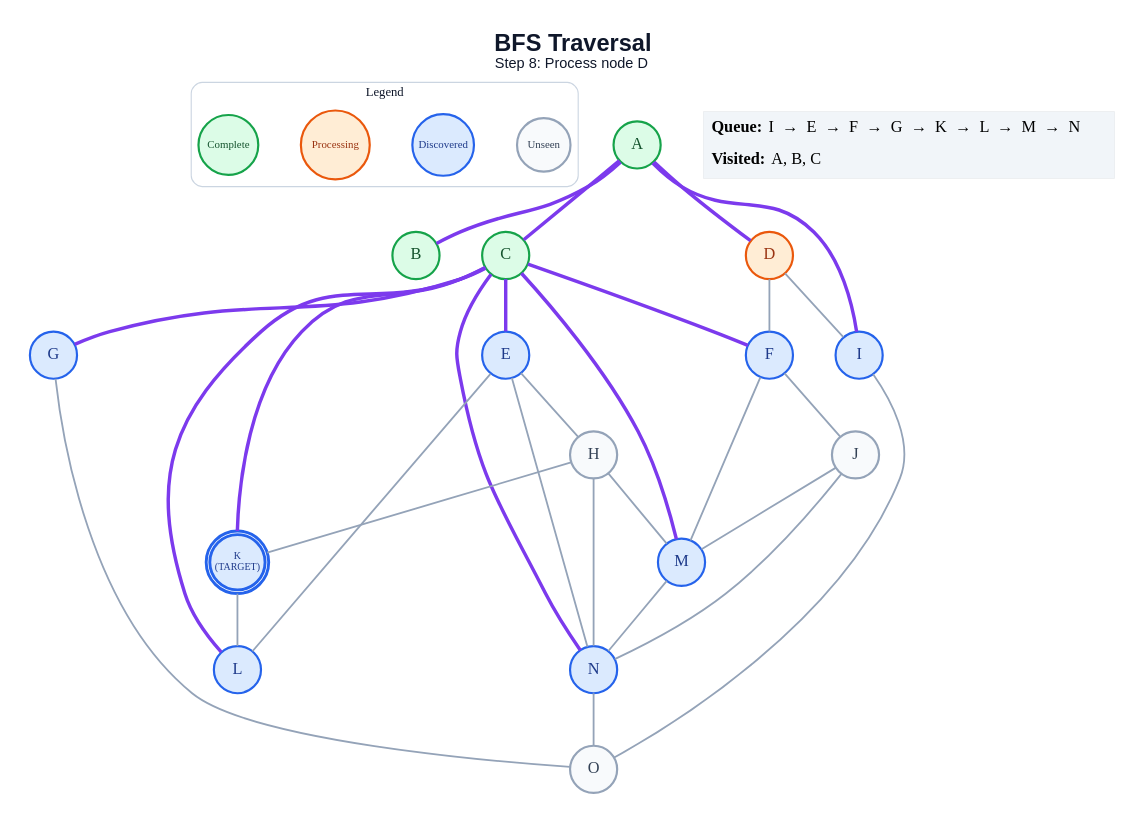
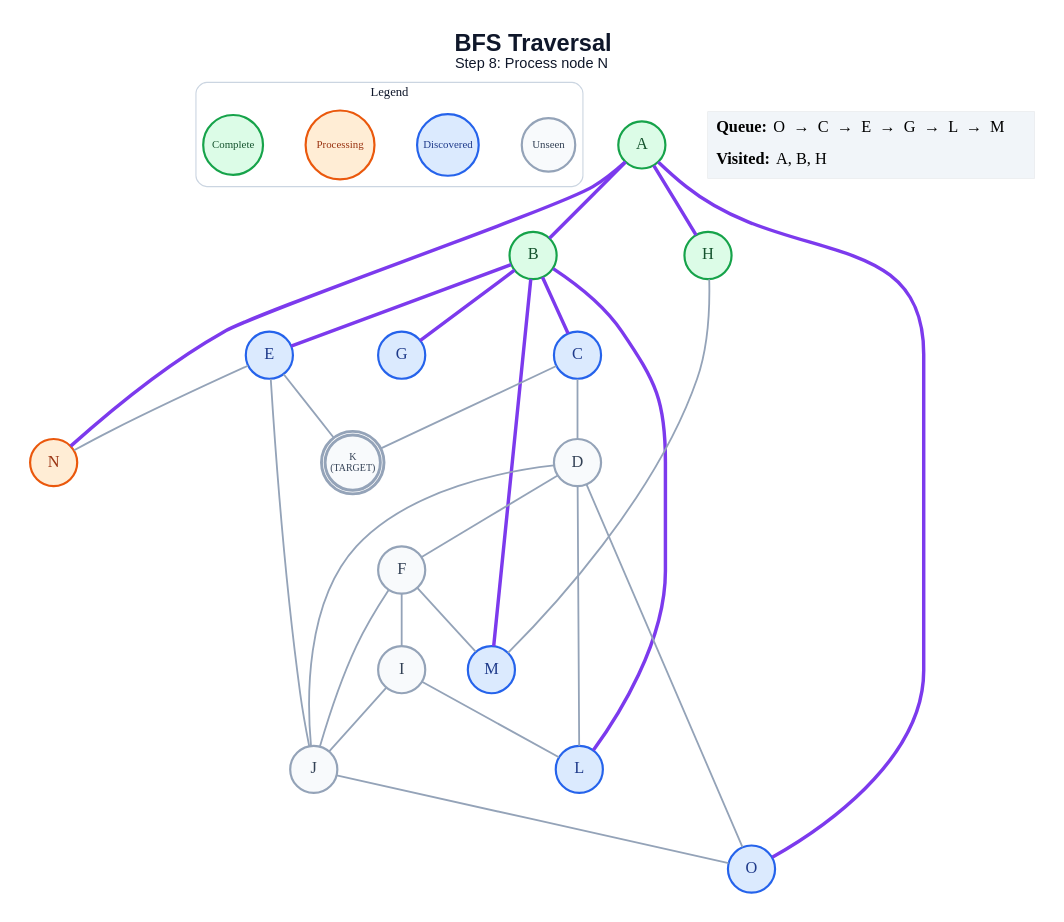
One commit to anon7238593-create/ai-slop changed the diagram in generated/specific-node/bfs/step_08.dot. Above: the diagram before and after it, drawn with Graphviz. The commit also changed 248 other files, not shown here.

```diff
--- a/generated/specific-node/bfs/step_08.dot
+++ b/generated/specific-node/bfs/step_08.dot
@@ -1,62 +1,59 @@
 graph traversal {
   graph [layout=dot, rankdir=TB, bgcolor="#FFFFFF", pad="0.35", nodesep="0.65", ranksep="0.8", fontname="Arial"];
   node [shape=circle, style="filled", fontname="Arial Bold", fontsize=18, width=0.72, fixedsize=true, penwidth=2.4];
   edge [color="#94A3B8", penwidth=2.0];
-  label=<<B>BFS Traversal</B><BR/><FONT POINT-SIZE="16">Step 8: Process node D</FONT>>; labelloc="t"; fontsize=26; fontname="Arial"; fontcolor="#0F172A";
+  label=<<B>BFS Traversal</B><BR/><FONT POINT-SIZE="16">Step 8: Process node N</FONT>>; labelloc="t"; fontsize=26; fontname="Arial"; fontcolor="#0F172A";
   subgraph cluster_legend { label="Legend"; color="#CBD5E1"; penwidth=1.2; style="rounded"; fontsize=14; fontname="Arial Bold";
     key_unseen [label="Unseen", fillcolor="#F8FAFC", color="#94A3B8", fontcolor="#334155", fontsize=12, width=0.82];
     key_frontier [label="Discovered", fillcolor="#DBEAFE", color="#2563EB", fontcolor="#1E3A8A", fontsize=12, width=0.95];
     key_current [label="Processing", fillcolor="#FFEDD5", color="#EA580C", fontcolor="#9A3412", fontsize=12, width=1.05];
     key_done [label="Complete", fillcolor="#DCFCE7", color="#16A34A", fontcolor="#14532D", fontsize=12, width=0.92];
     { rank=same; key_unseen; key_frontier; key_current; key_done; }
   }
   A [label="A", fillcolor="#DCFCE7", color="#16A34A", fontcolor="#14532D", peripheries=1, penwidth=2.4];
   B [label="B", fillcolor="#DCFCE7", color="#16A34A", fontcolor="#14532D", peripheries=1, penwidth=2.4];
-  C [label="C", fillcolor="#DCFCE7", color="#16A34A", fontcolor="#14532D", peripheries=1, penwidth=2.4];
-  D [label="D", fillcolor="#FFEDD5", color="#EA580C", fontcolor="#9A3412", peripheries=1, penwidth=2.4];
+  C [label="C", fillcolor="#DBEAFE", color="#2563EB", fontcolor="#1E3A8A", peripheries=1, penwidth=2.4];
+  D [label="D", fillcolor="#F8FAFC", color="#94A3B8", fontcolor="#334155", peripheries=1, penwidth=2.4];
   E [label="E", fillcolor="#DBEAFE", color="#2563EB", fontcolor="#1E3A8A", peripheries=1, penwidth=2.4];
-  F [label="F", fillcolor="#DBEAFE", color="#2563EB", fontcolor="#1E3A8A", peripheries=1, penwidth=2.4];
+  F [label="F", fillcolor="#F8FAFC", color="#94A3B8", fontcolor="#334155", peripheries=1, penwidth=2.4];
   G [label="G", fillcolor="#DBEAFE", color="#2563EB", fontcolor="#1E3A8A", peripheries=1, penwidth=2.4];
-  H [label="H", fillcolor="#F8FAFC", color="#94A3B8", fontcolor="#334155", peripheries=1, penwidth=2.4];
-  I [label="I", fillcolor="#DBEAFE", color="#2563EB", fontcolor="#1E3A8A", peripheries=1, penwidth=2.4];
+  H [label="H", fillcolor="#DCFCE7", color="#16A34A", fontcolor="#14532D", peripheries=1, penwidth=2.4];
+  I [label="I", fillcolor="#F8FAFC", color="#94A3B8", fontcolor="#334155", peripheries=1, penwidth=2.4];
   J [label="J", fillcolor="#F8FAFC", color="#94A3B8", fontcolor="#334155", peripheries=1, penwidth=2.4];
-  K [label="K\n(TARGET)", fillcolor="#DBEAFE", color="#2563EB", fontcolor="#1E3A8A", peripheries=2, penwidth=3.2, fontsize=11, width=0.85, height=0.85];
+  K [label="K\n(TARGET)", fillcolor="#F8FAFC", color="#94A3B8", fontcolor="#334155", peripheries=2, penwidth=3.2, fontsize=11, width=0.85, height=0.85];
   L [label="L", fillcolor="#DBEAFE", color="#2563EB", fontcolor="#1E3A8A", peripheries=1, penwidth=2.4];
   M [label="M", fillcolor="#DBEAFE", color="#2563EB", fontcolor="#1E3A8A", peripheries=1, penwidth=2.4];
-  N [label="N", fillcolor="#DBEAFE", color="#2563EB", fontcolor="#1E3A8A", peripheries=1, penwidth=2.4];
-  O [label="O", fillcolor="#F8FAFC", color="#94A3B8", fontcolor="#334155", peripheries=1, penwidth=2.4];
+  N [label="N", fillcolor="#FFEDD5", color="#EA580C", fontcolor="#9A3412", peripheries=1, penwidth=2.4];
+  O [label="O", fillcolor="#DBEAFE", color="#2563EB", fontcolor="#1E3A8A", peripheries=1, penwidth=2.4];
   A -- B [color="#7C3AED", penwidth=3.8];
-  A -- C [color="#7C3AED", penwidth=3.8];
-  A -- D [color="#7C3AED", penwidth=3.8];
-  A -- I [color="#7C3AED", penwidth=3.8];
-  C -- E [color="#7C3AED", penwidth=3.8];
-  C -- F [color="#7C3AED", penwidth=3.8];
-  C -- G [color="#7C3AED", penwidth=3.8];
-  C -- K [color="#7C3AED", penwidth=3.8];
-  C -- L [color="#7C3AED", penwidth=3.8];
-  C -- M [color="#7C3AED", penwidth=3.8];
-  C -- N [color="#7C3AED", penwidth=3.8];
+  A -- H [color="#7C3AED", penwidth=3.8];
+  A -- N [color="#7C3AED", penwidth=3.8];
+  A -- O [color="#7C3AED", penwidth=3.8];
+  B -- C [color="#7C3AED", penwidth=3.8];
+  B -- E [color="#7C3AED", penwidth=3.8];
+  B -- G [color="#7C3AED", penwidth=3.8];
+  B -- L [color="#7C3AED", penwidth=3.8];
+  B -- M [color="#7C3AED", penwidth=3.8];
+  C -- D;
+  C -- K;
   D -- F;
-  D -- I;
-  E -- H;
-  E -- L;
+  D -- J;
+  D -- L;
+  D -- O;
+  E -- J;
+  E -- K;
   E -- N;
+  F -- I;
   F -- J;
   F -- M;
-  G -- O;
-  H -- K;
   H -- M;
-  H -- N;
-  I -- O;
-  J -- M;
-  J -- N;
-  K -- L;
-  M -- N;
-  N -- O;
+  I -- J;
+  I -- L;
+  J -- O;
   status [shape=plain, fixedsize=false, width=0, height=0, margin=0, label=<
     <TABLE BORDER="0" CELLBORDER="0" CELLPADDING="7" BGCOLOR="#F1F5F9">
-      <TR><TD ALIGN="LEFT"><B>Queue:</B> I  →  E  →  F  →  G  →  K  →  L  →  M  →  N</TD></TR>
-      <TR><TD ALIGN="LEFT"><B>Visited:</B> A, B, C</TD></TR>
+      <TR><TD ALIGN="LEFT"><B>Queue:</B> O  →  C  →  E  →  G  →  L  →  M</TD></TR>
+      <TR><TD ALIGN="LEFT"><B>Visited:</B> A, B, H</TD></TR>
     </TABLE>
   >];
 }
```
